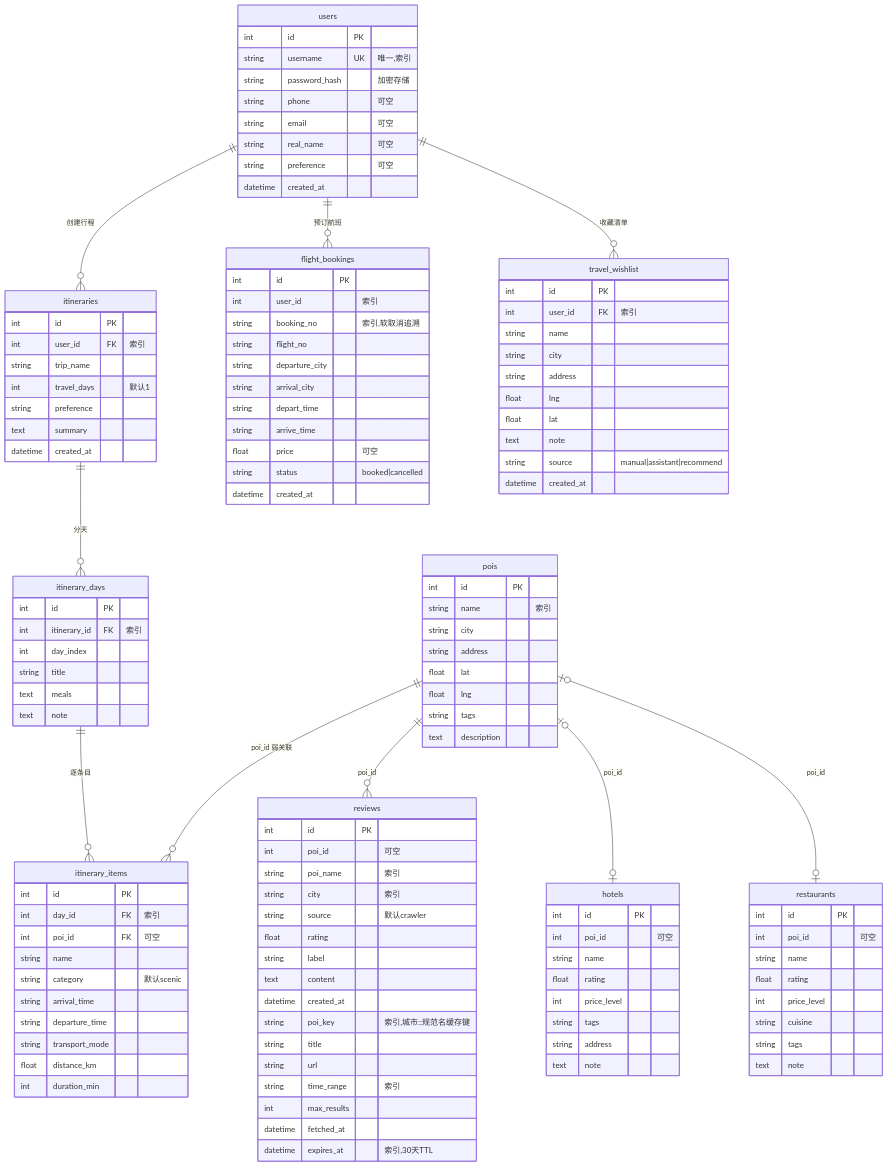
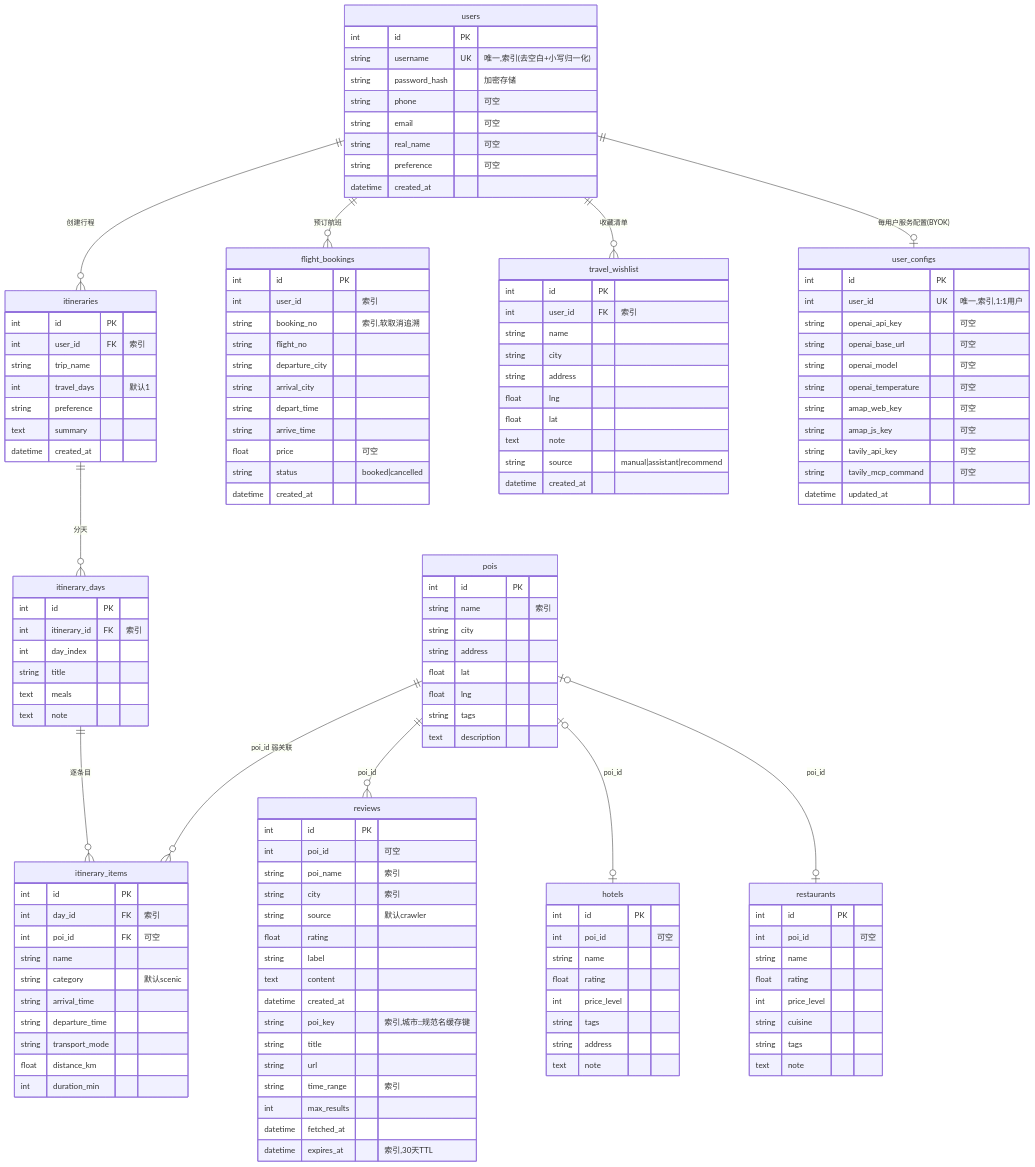
One commit to xwxxxx1128/travel-planer changed the second of 2 diagrams in 全程/PRD需求分析.md. Above: the diagram before and after it, drawn with Mermaid. The commit also changed other lines of this file and 48 other files, not shown here.

```diff
--- a/全程/PRD需求分析.md
+++ b/全程/PRD需求分析.md
@@ -291,6 +293,7 @@
     users ||--o{ itineraries : "创建行程"
     users ||--o{ flight_bookings : "预订航班"
     users ||--o{ travel_wishlist : "收藏清单"
+    users ||--o| user_configs : "每用户服务配置(BYOK)"
     itineraries ||--o{ itinerary_days : "分天"
     itinerary_days ||--o{ itinerary_items : "逐条目"
     pois ||--o{ itinerary_items : "poi_id 弱关联"
@@ -300,13 +303,26 @@
 
     users {
         int id PK
-        string username UK "唯一,索引"
+        string username UK "唯一,索引(去空白+小写归一化)"
         string password_hash "加密存储"
         string phone "可空"
         string email "可空"
         string real_name "可空"
         string preference "可空"
         datetime created_at
+    }
+    user_configs {
+        int id PK
+        int user_id UK "唯一,索引,1:1用户"
+        string openai_api_key "可空"
+        string openai_base_url "可空"
+        string openai_model "可空"
+        string openai_temperature "可空"
+        string amap_web_key "可空"
+        string amap_js_key "可空"
+        string tavily_api_key "可空"
+        string tavily_mcp_command "可空"
+        datetime updated_at
     }
     itineraries {
         int id PK
```
